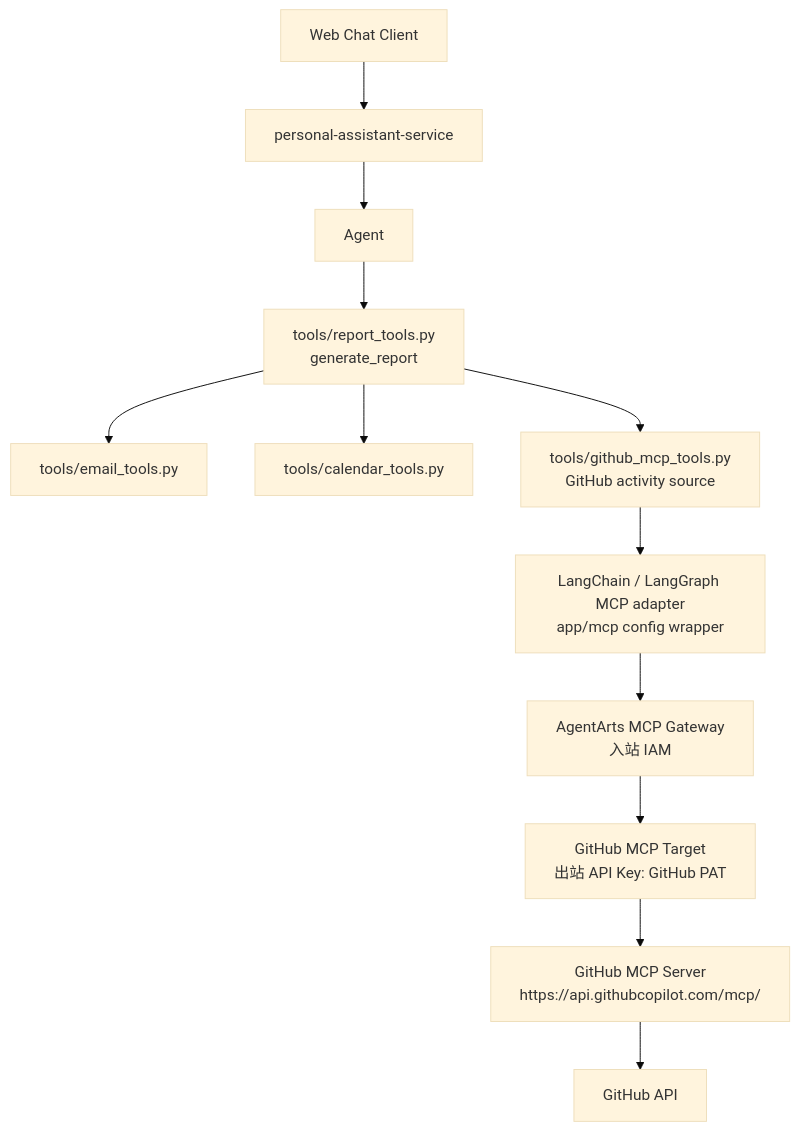
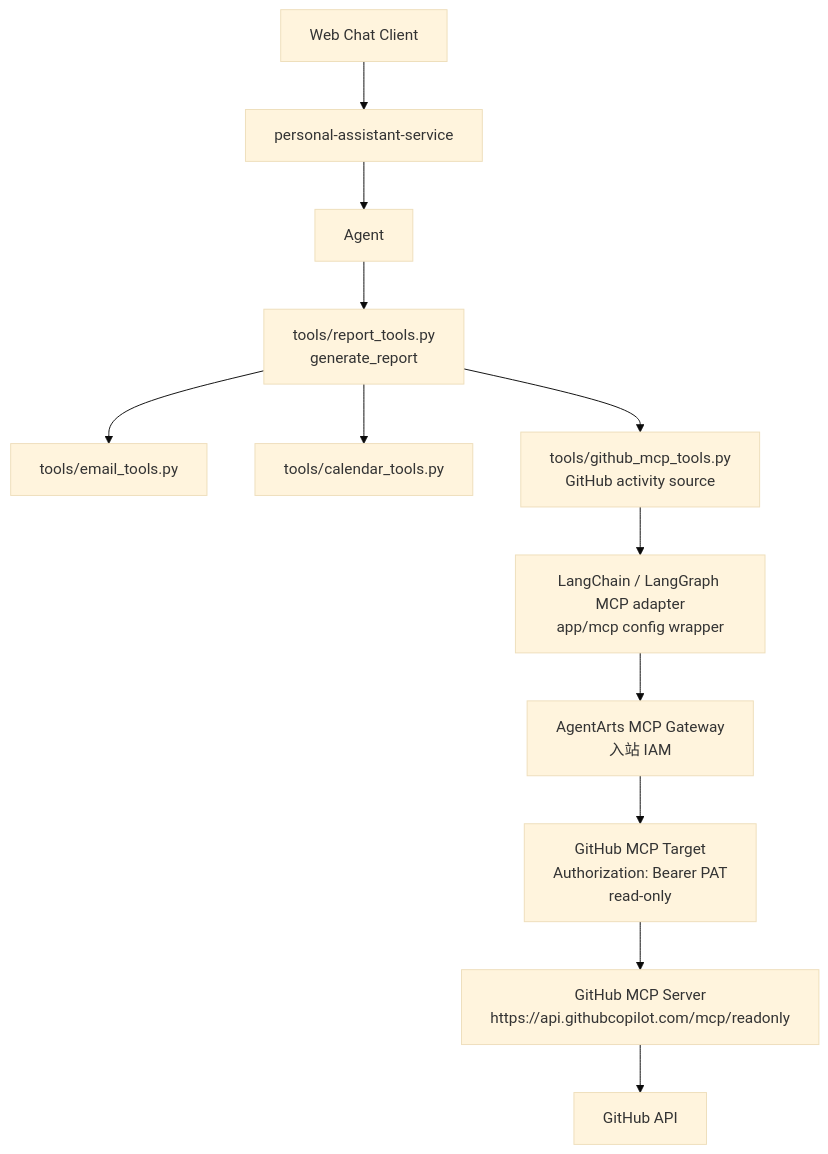
The second of 3 diagrams in personal-assistant-meta/issues/features/backlog/feature-17-github-mcp/plan.md (T-1009/personal-assistant), drawn with Mermaid (base theme) before and after one commit. The commit also changed other lines of this file, not shown here.

First line of the commit message:
docs: update feature-17 plan to use GitHub MCP read-only endpoint and restrict permissions

````diff
--- a/personal-assistant-meta/issues/features/backlog/feature-17-github-mcp/plan.md
+++ b/personal-assistant-meta/issues/features/backlog/feature-17-github-mcp/plan.md
@@ -173,27 +174,27 @@
 ```mermaid
 flowchart TB
     Client["Web Chat Client"]
     Service["personal-assistant-service"]
     Agent["Agent"]
     ReportTool["tools/report_tools.py<br/>generate_report"]
     EmailTools["tools/email_tools.py"]
     CalendarTools["tools/calendar_tools.py"]
     GitHubSource["tools/github_mcp_tools.py<br/>GitHub activity source"]
     Adapter["LangChain / LangGraph MCP adapter<br/>app/mcp config wrapper"]
     Gateway["AgentArts MCP Gateway<br/>入站 IAM"]
-    Target["GitHub MCP Target<br/>出站 API Key: GitHub PAT"]
-    GitHubMCP["GitHub MCP Server<br/>https://api.githubcopilot.com/mcp/"]
+    Target["GitHub MCP Target<br/>Authorization: Bearer PAT<br/>read-only"]
+    GitHubMCP["GitHub MCP Server<br/>https://api.githubcopilot.com/mcp/readonly"]
     GitHubAPI["GitHub API"]
 
     Client --> Service
     Service --> Agent
     Agent --> ReportTool
     ReportTool --> EmailTools
     ReportTool --> CalendarTools
     ReportTool --> GitHubSource
     GitHubSource --> Adapter
     Adapter --> Gateway
     Gateway --> Target
     Target --> GitHubMCP
     GitHubMCP --> GitHubAPI
 ```
````
